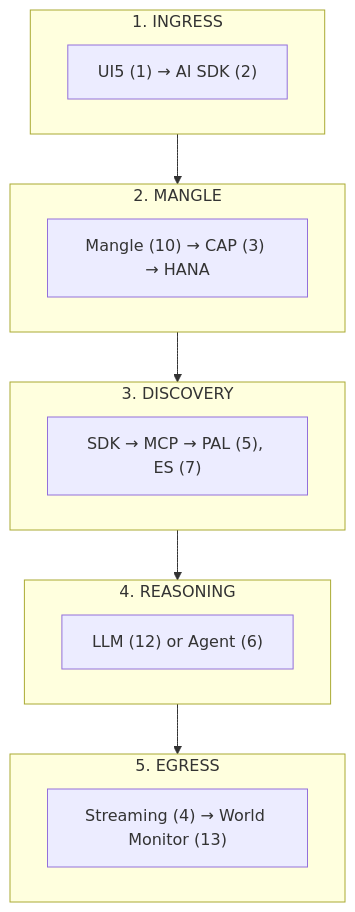
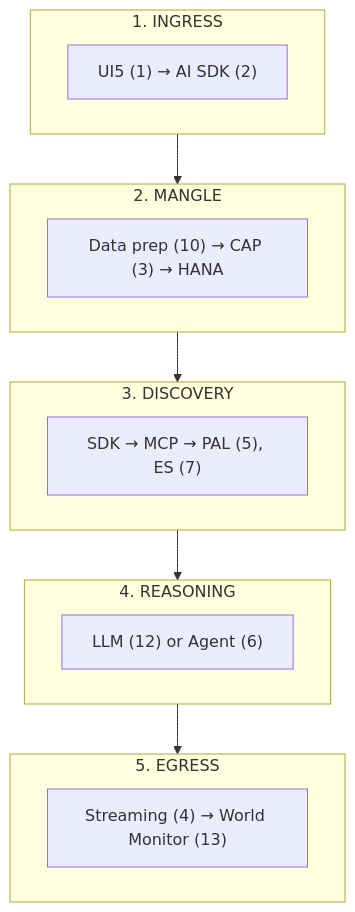
One commit to GJKarthik/sap-oss-v1 changed the sixth of 7 diagrams in docs/business-briefs/06-architectural-patterns.md. Above: the diagram before and after it, drawn with Mermaid. The commit also changed other lines of this file and 2548 other files, not shown here.

````diff
--- a/docs/business-briefs/06-architectural-patterns.md
+++ b/docs/business-briefs/06-architectural-patterns.md
@@ -196,24 +196,24 @@
 ```mermaid
 flowchart TB
     subgraph Step1["1. INGRESS"]
         S1["UI5 (1) → AI SDK (2)"]
     end
     
     subgraph Step2["2. MANGLE"]
-        S2["Mangle (10) → CAP (3) → HANA"]
+        S2["Data prep (10) → CAP (3) → HANA"]
     end
     
     subgraph Step3["3. DISCOVERY"]
         S3["SDK → MCP → PAL (5), ES (7)"]
     end
     
     subgraph Step4["4. REASONING"]
         S4["LLM (12) or Agent (6)"]
     end
     
     subgraph Step5["5. EGRESS"]
         S5["Streaming (4) → World Monitor (13)"]
     end
     
     Step1 --> Step2 --> Step3 --> Step4 --> Step5
 ```
````
